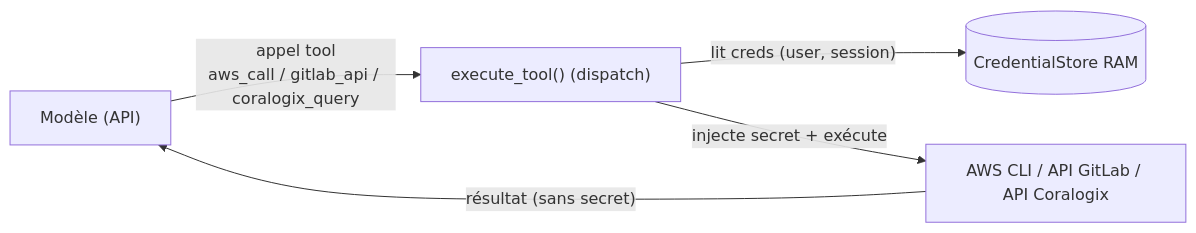
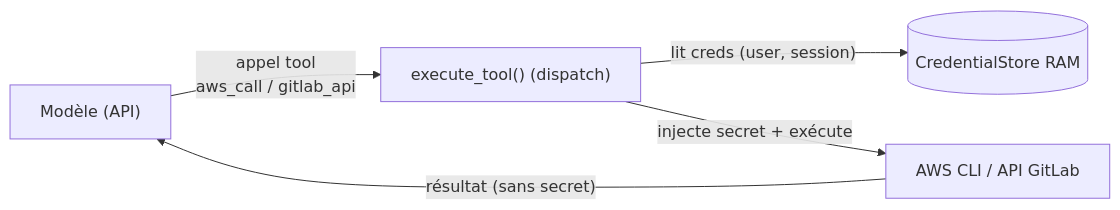
Before and after one commit to inkwest/inkwest: the third of 4 diagrams in docs/ARCHITECTURE_FLOW.md, drawn with Mermaid. The commit also changed other lines of this file and 24 other files, not shown here.

````diff
--- a/docs/ARCHITECTURE_FLOW.md
+++ b/docs/ARCHITECTURE_FLOW.md
@@ -95,7 +95,7 @@
 ```mermaid
 flowchart LR
-    M["Modèle (API)"] -->|"appel tool<br/>aws_call / gitlab_api / coralogix_query"| D["execute_tool() (dispatch)"]
+    M["Modèle (API)"] -->|"appel tool<br/>aws_call / gitlab_api"| D["execute_tool() (dispatch)"]
     D -->|"lit creds (user, session)"| S[("CredentialStore RAM")]
-    D -->|"injecte secret + exécute"| X["AWS CLI / API GitLab / API Coralogix"]
+    D -->|"injecte secret + exécute"| X["AWS CLI / API GitLab"]
     X -->|"résultat (sans secret)"| M
 ```
````
